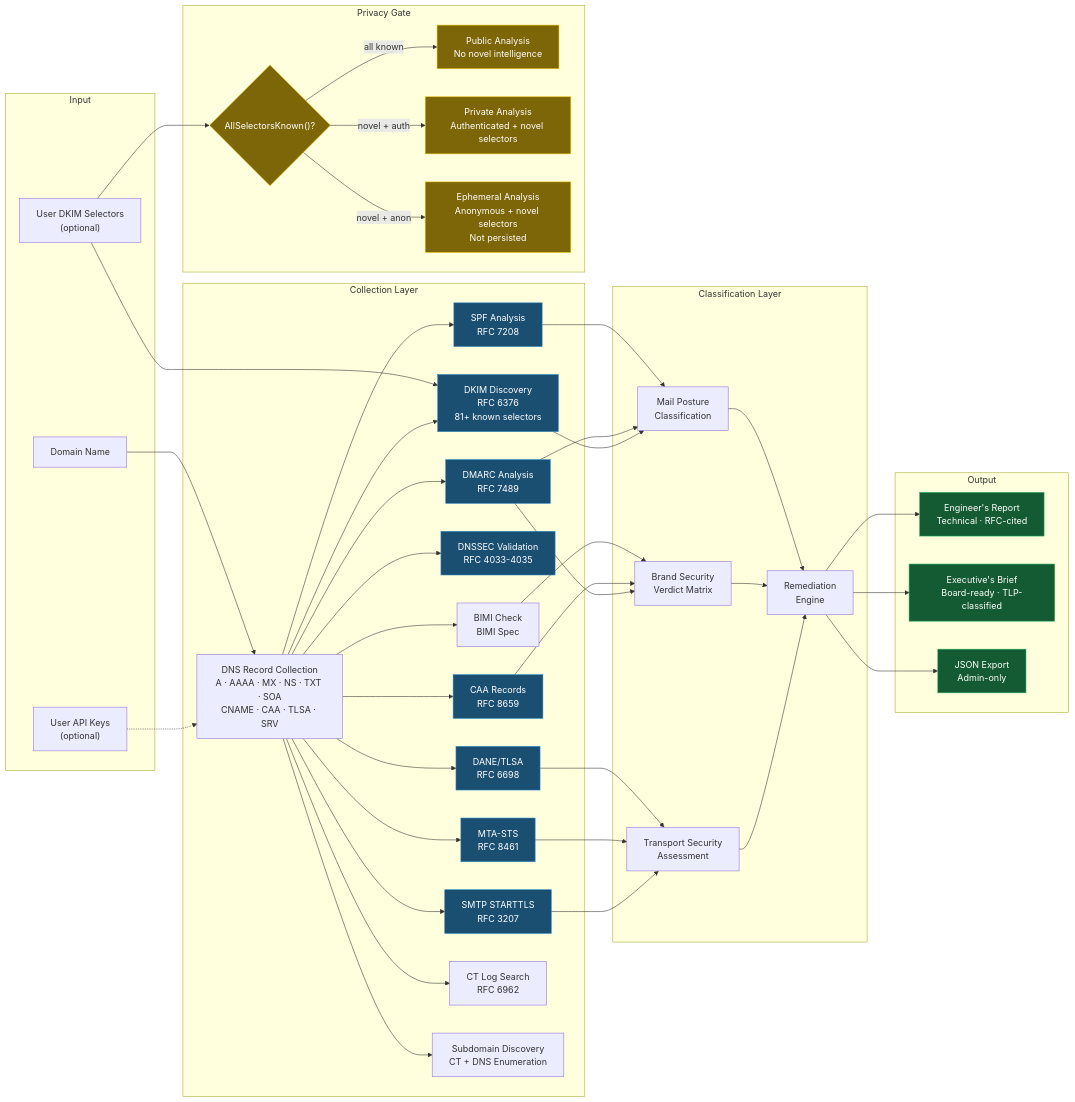
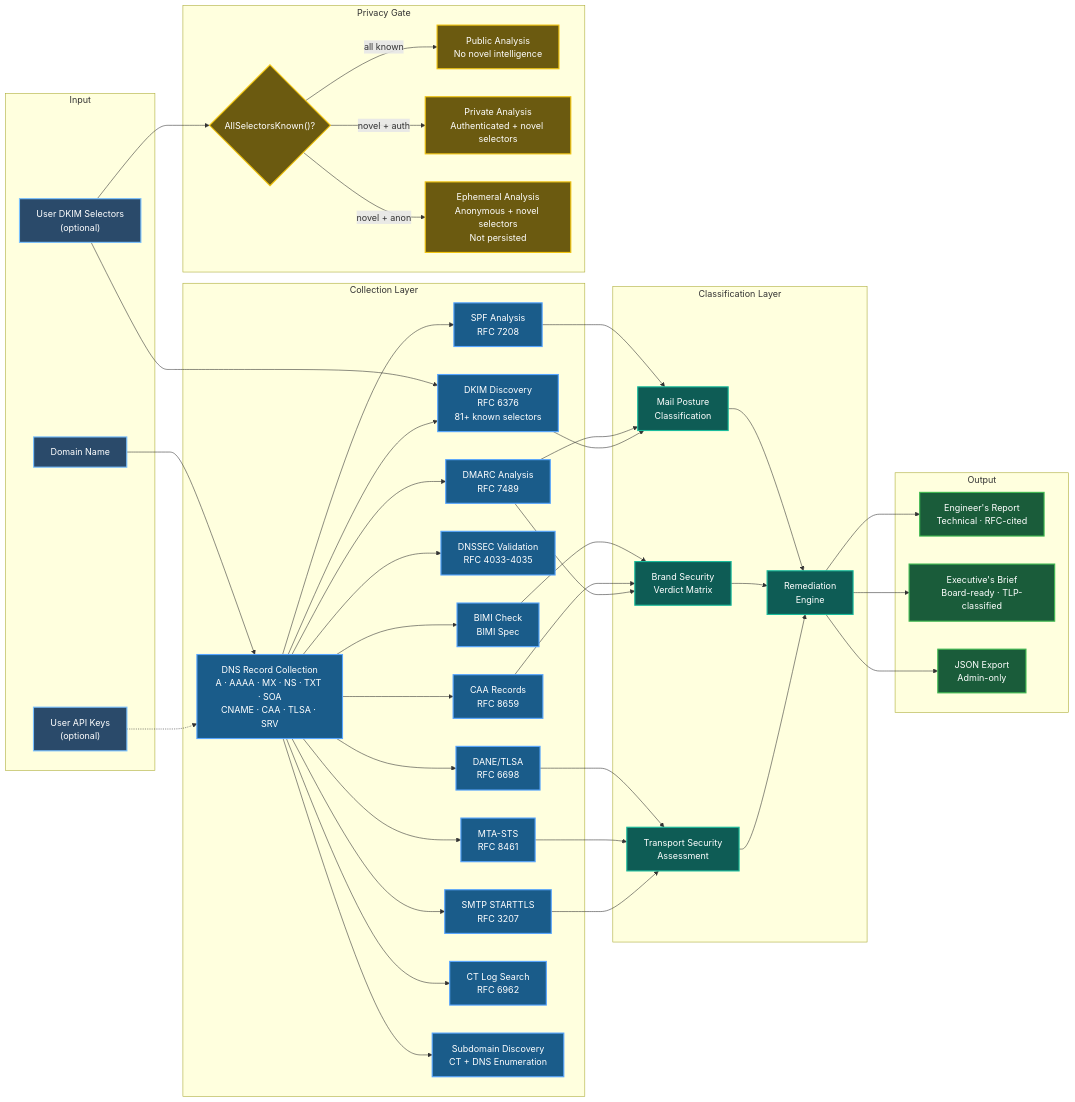
One commit to careyjames/DnsToolWeb changed the second of 7 diagrams in docs/architecture/SYSTEM_ARCHITECTURE.md. Above: the diagram before and after it, drawn with Mermaid. The commit also changed other lines of this file and 1 other file, not shown here.

First line of the commit message:
Enhance system architecture diagrams with brighter colors and updated styling

````diff
--- a/docs/architecture/SYSTEM_ARCHITECTURE.md
+++ b/docs/architecture/SYSTEM_ARCHITECTURE.md
@@ -71,64 +78,69 @@
 ```mermaid
 graph LR
     subgraph "Input"
         Domain["Domain Name"]
         Selectors["User DKIM Selectors<br/>(optional)"]
         APIKeys["User API Keys<br/>(optional)"]
     end
 
     subgraph "Collection Layer"
         DNS["DNS Record Collection<br/>A · AAAA · MX · NS · TXT · SOA<br/>CNAME · CAA · TLSA · SRV"]
         SPF["SPF Analysis<br/>RFC 7208"]
         DMARC["DMARC Analysis<br/>RFC 7489"]
         DKIM["DKIM Discovery<br/>RFC 6376<br/>81+ known selectors"]
         DNSSEC["DNSSEC Validation<br/>RFC 4033-4035"]
         DANE["DANE/TLSA<br/>RFC 6698"]
         MTASTS["MTA-STS<br/>RFC 8461"]
         BIMI["BIMI Check<br/>BIMI Spec"]
         CAA["CAA Records<br/>RFC 8659"]
         SMTP2["SMTP STARTTLS<br/>RFC 3207"]
         CT2["CT Log Search<br/>RFC 6962"]
         SubD["Subdomain Discovery<br/>CT + DNS Enumeration"]
     end
 
     subgraph "Classification Layer"
         Posture["Mail Posture<br/>Classification"]
         Brand["Brand Security<br/>Verdict Matrix"]
         Transport["Transport Security<br/>Assessment"]
         Remediation["Remediation<br/>Engine"]
     end
 
     subgraph "Privacy Gate"
         Privacy{"AllSelectorsKnown()?"}
         Public["Public Analysis<br/>No novel intelligence"]
         Private["Private Analysis<br/>Authenticated + novel selectors"]
         Ephemeral["Ephemeral Analysis<br/>Anonymous + novel selectors<br/>Not persisted"]
     end
 
     subgraph "Output"
         Engineer["Engineer's Report<br/>Technical · RFC-cited"]
         Executive["Executive's Brief<br/>Board-ready · TLP-classified"]
         JSON["JSON Export<br/>Admin-only"]
     end
 
     Domain --> DNS
     Selectors --> DKIM
     APIKeys -.-> DNS
     DNS --> SPF & DMARC & DKIM & DNSSEC & DANE & MTASTS & BIMI & CAA & SMTP2 & CT2 & SubD
     SPF & DMARC & DKIM --> Posture
     BIMI & CAA & DMARC --> Brand
     DANE & MTASTS & SMTP2 --> Transport
     Posture & Brand & Transport --> Remediation
     Selectors --> Privacy
     Privacy -->|"all known"| Public
     Privacy -->|"novel + auth"| Private
     Privacy -->|"novel + anon"| Ephemeral
     Remediation --> Engineer & Executive & JSON
 
-    classDef rfc fill:#1b4f72,stroke:#2e86c1,color:#fff
-    classDef gate fill:#7d6608,stroke:#f1c40f,color:#fff
-    classDef output fill:#145a32,stroke:#27ae60,color:#fff
-    class SPF,DMARC,DKIM,DNSSEC,DANE,MTASTS,CAA,SMTP2 rfc
+    classDef default fill:#1b2f45,stroke:#4a90d9,stroke-width:2px,color:#f0f6fc
+    classDef rfc fill:#1a5c8a,stroke:#58a6ff,stroke-width:2px,color:#fff
+    classDef gate fill:#6b5a10,stroke:#f1c40f,stroke-width:2px,color:#fff
+    classDef output fill:#1a5c3a,stroke:#3fb950,stroke-width:2px,color:#fff
+    classDef classify fill:#0e5c55,stroke:#1abc9c,stroke-width:2px,color:#fff
+    classDef input fill:#2a4a6a,stroke:#79c0ff,stroke-width:2px,color:#fff
+    class SPF,DMARC,DKIM,DNSSEC,DANE,MTASTS,CAA,SMTP2,CT2,SubD,BIMI,DNS rfc
     class Privacy,Public,Private,Ephemeral gate
     class Engineer,Executive,JSON output
+    class Posture,Brand,Transport,Remediation classify
+    class Domain,Selectors,APIKeys input
 ```
````
